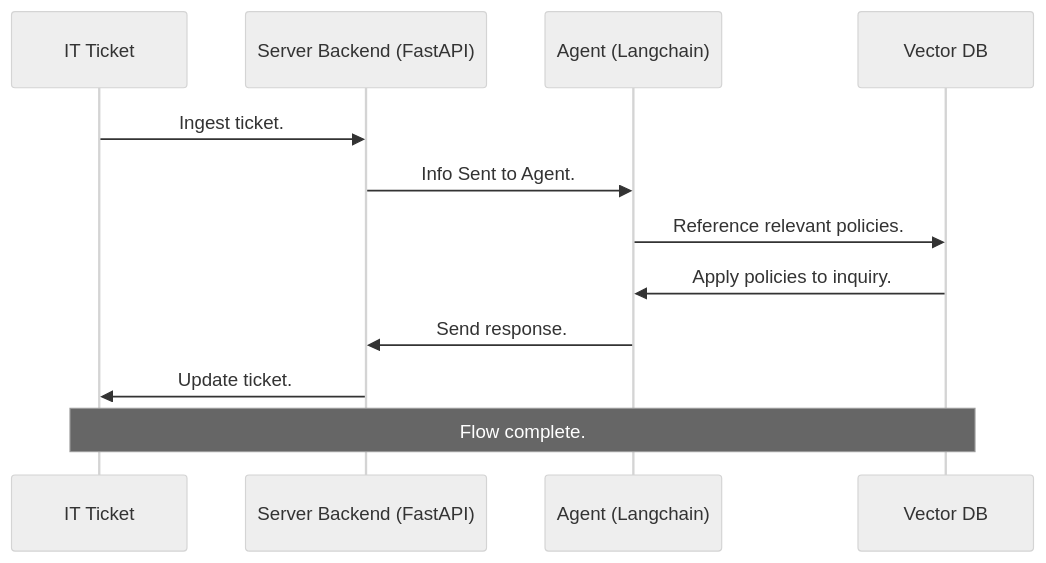
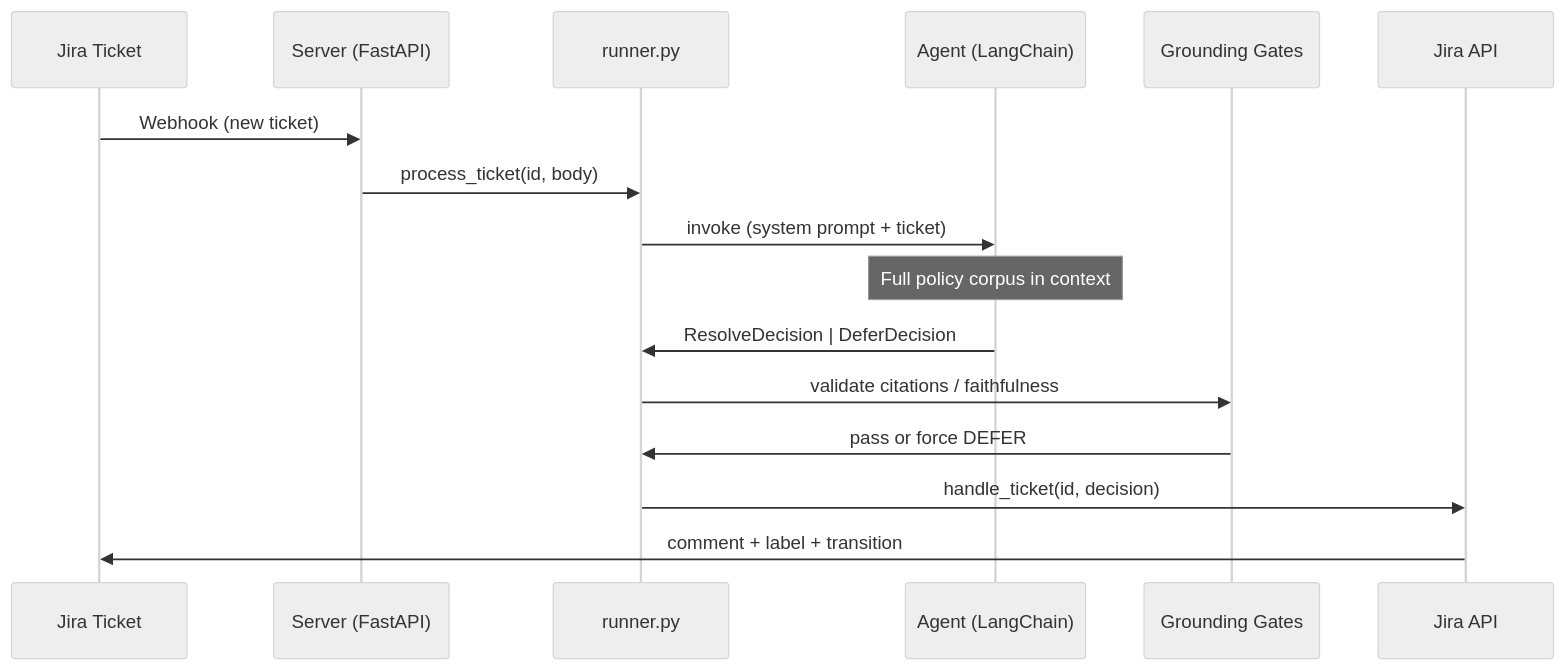
Before and after one commit to mondal-alex/it-helpdesk-agent: the first of 2 diagrams in README.md, drawn with Mermaid (neutral theme). The commit also changed other lines of this file and 10 other files, not shown here.

First line of the commit message:
Add triage prompt, runner orchestration, and structured-output agent flow

````diff
--- a/README.md
+++ b/README.md
@@ -22,16 +28,19 @@
 ```mermaid
 sequenceDiagram
-    participant A as IT Ticket
-    participant B as Server Backend (FastAPI)
-    participant C as Agent (Langchain)
-    participant D as Vector DB
+    participant J as Jira Ticket
+    participant S as Server (FastAPI)
+    participant R as runner.py
+    participant A as Agent (LangChain)
+    participant G as Grounding Gates
+    participant API as Jira API
 
-    A->>B: Ingest ticket.
-    B->>C: Info Sent to Agent.
-    C->>D: Reference relevant policies.
-    D->>C: Apply policies to inquiry.
-    C->>B: Send response.
-    B->>A: Update ticket.
-
-    Note over A,D: Flow complete.
+    J->>S: Webhook (new ticket)
+    S->>R: process_ticket(id, body)
+    R->>A: invoke (system prompt + ticket)
+    Note over A: Full policy corpus in context
+    A->>R: ResolveDecision | DeferDecision
+    R->>G: validate citations / faithfulness
+    G->>R: pass or force DEFER
+    R->>API: handle_ticket(id, decision)
+    API->>J: comment + label + transition
 ```
````
